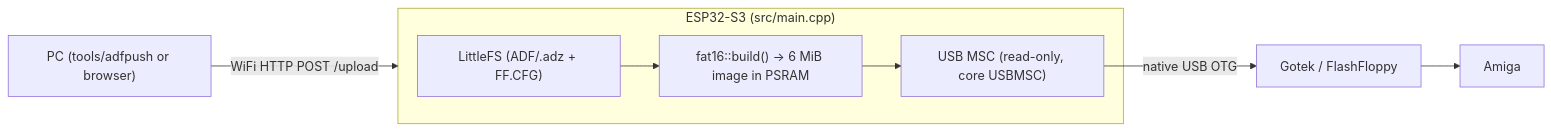
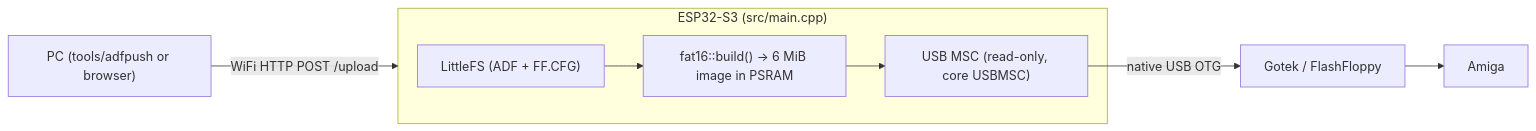
The diagram in AGENTS.md (scudderfish/cursed-stick), drawn with Mermaid before and after one commit. The commit also changed other lines of this file and 6 other files, not shown here.

````diff
--- a/AGENTS.md
+++ b/AGENTS.md
@@ -11,9 +11,9 @@
 ```mermaid
 flowchart LR
   PC["PC (tools/adfpush or browser)"] -->|"WiFi HTTP POST /upload"| ESP
   subgraph ESP["ESP32-S3 (src/main.cpp)"]
-    LS["LittleFS (ADF/.adz + FF.CFG)"] --> BUILD["fat16::build() -> 6 MiB image in PSRAM"]
+    LS["LittleFS (ADF + FF.CFG)"] --> BUILD["fat16::build() -> 6 MiB image in PSRAM"]
     BUILD --> MSC["USB MSC (read-only, core USBMSC)"]
   end
   MSC -->|"native USB OTG"| GOTEK["Gotek / FlashFloppy"] --> AMIGA["Amiga"]
 ```
````
